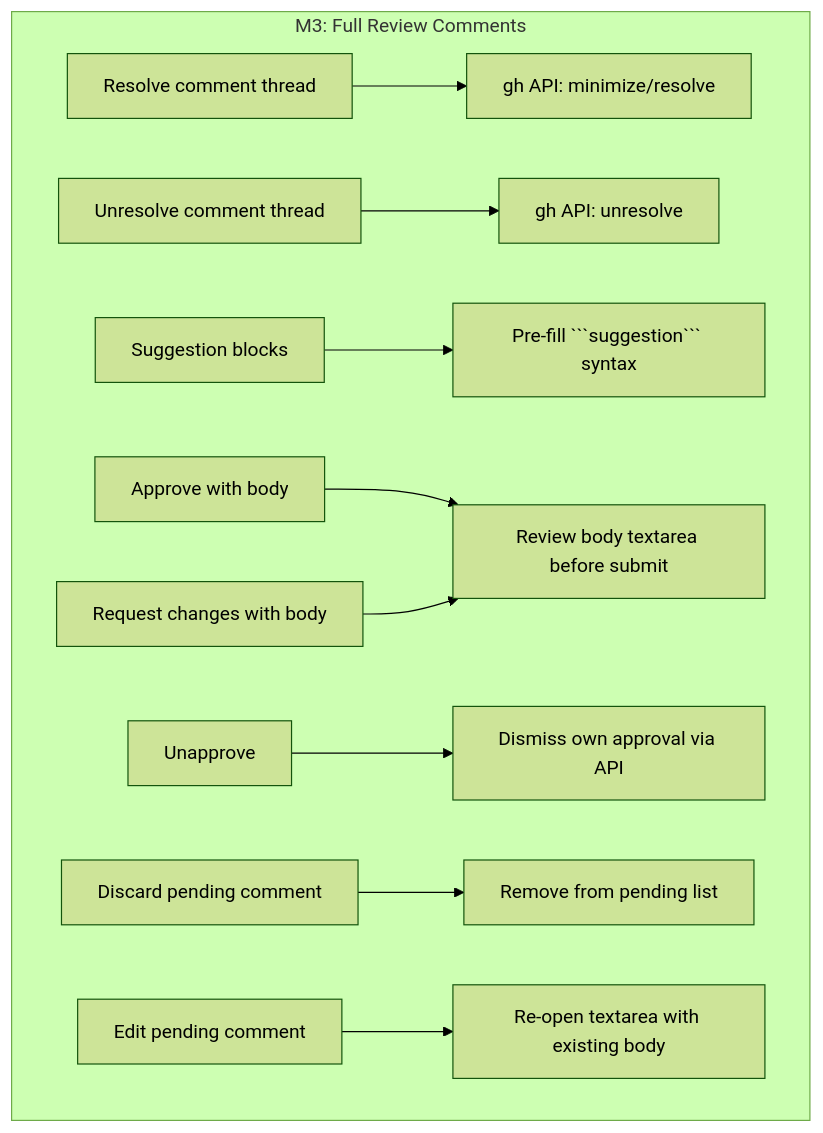
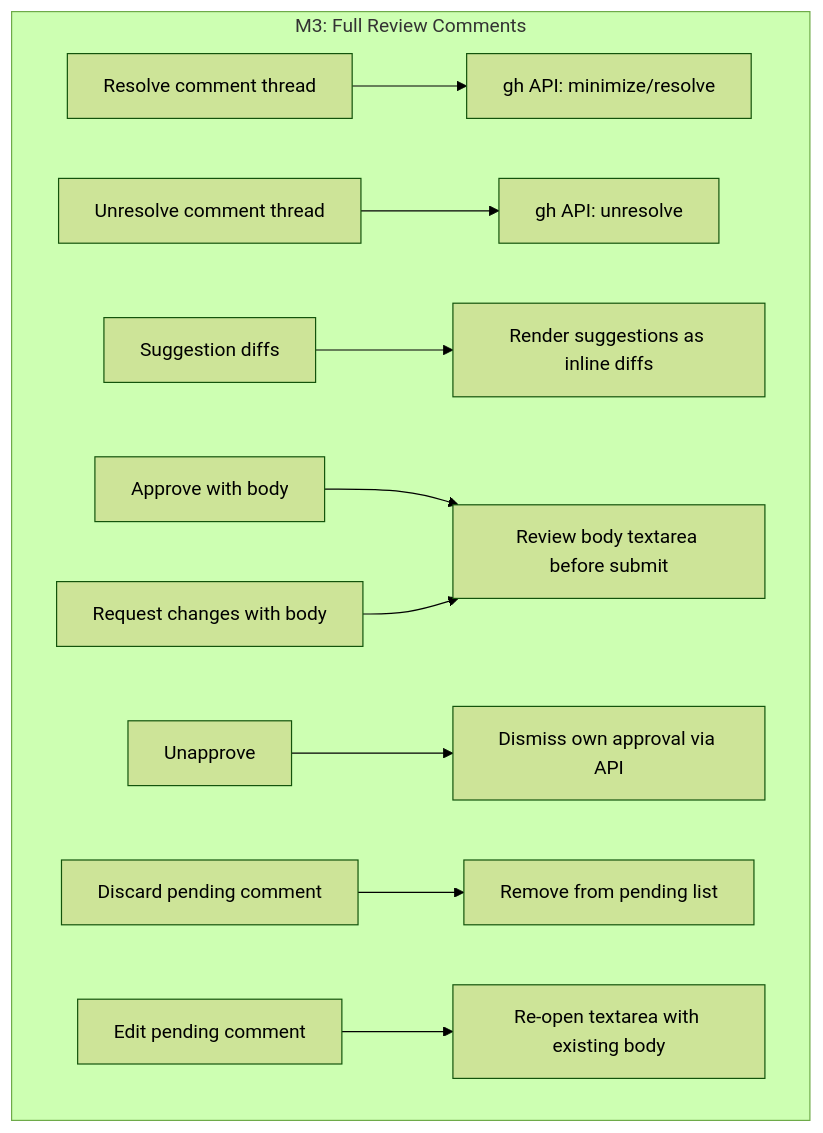
Before and after one commit to Neville-Loh/gh-review: the fourth of 9 diagrams in docs/ROADMAP.md, drawn with Mermaid (forest theme). The commit also changed other lines of this file, not shown here.

First line of the commit message:
update roadmap again

````diff
--- a/docs/ROADMAP.md
+++ b/docs/ROADMAP.md
@@ -102,13 +103,13 @@
 ```mermaid
 graph TD
     subgraph m3 [M3: Full Review Comments]
         RC1[Resolve comment thread] --> RC2[gh API: minimize/resolve]
         RC3[Unresolve comment thread] --> RC4[gh API: unresolve]
-        RC5["Suggestion blocks"] --> RC6["Pre-fill ```suggestion``` syntax"]
+        RC5["Suggestion diffs"] --> RC6["Render suggestions as inline diffs"]
         RC7[Approve with body] --> RC8[Review body textarea before submit]
         RC9[Request changes with body] --> RC8
         RC10[Unapprove] --> RC11["Dismiss own approval via API"]
         RC12[Discard pending comment] --> RC13["Remove from pending list"]
         RC14[Edit pending comment] --> RC15["Re-open textarea with existing body"]
     end
 ```
````
